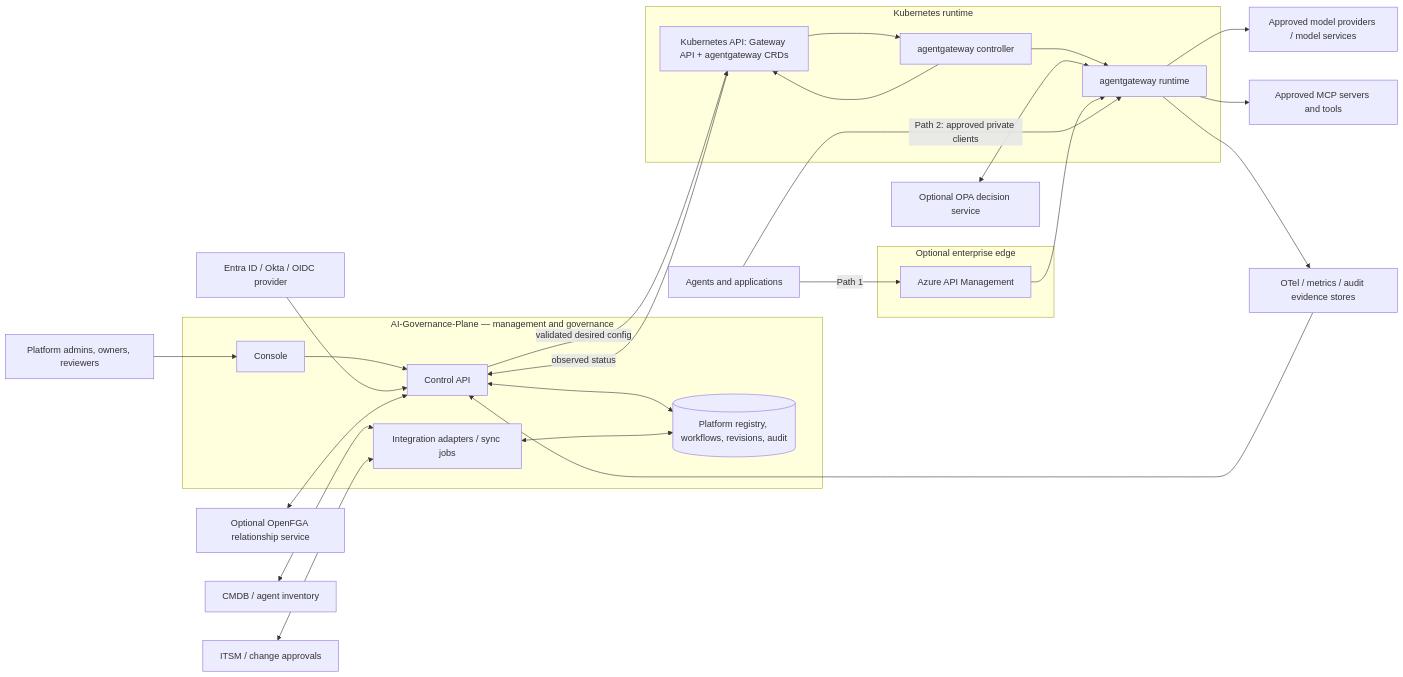
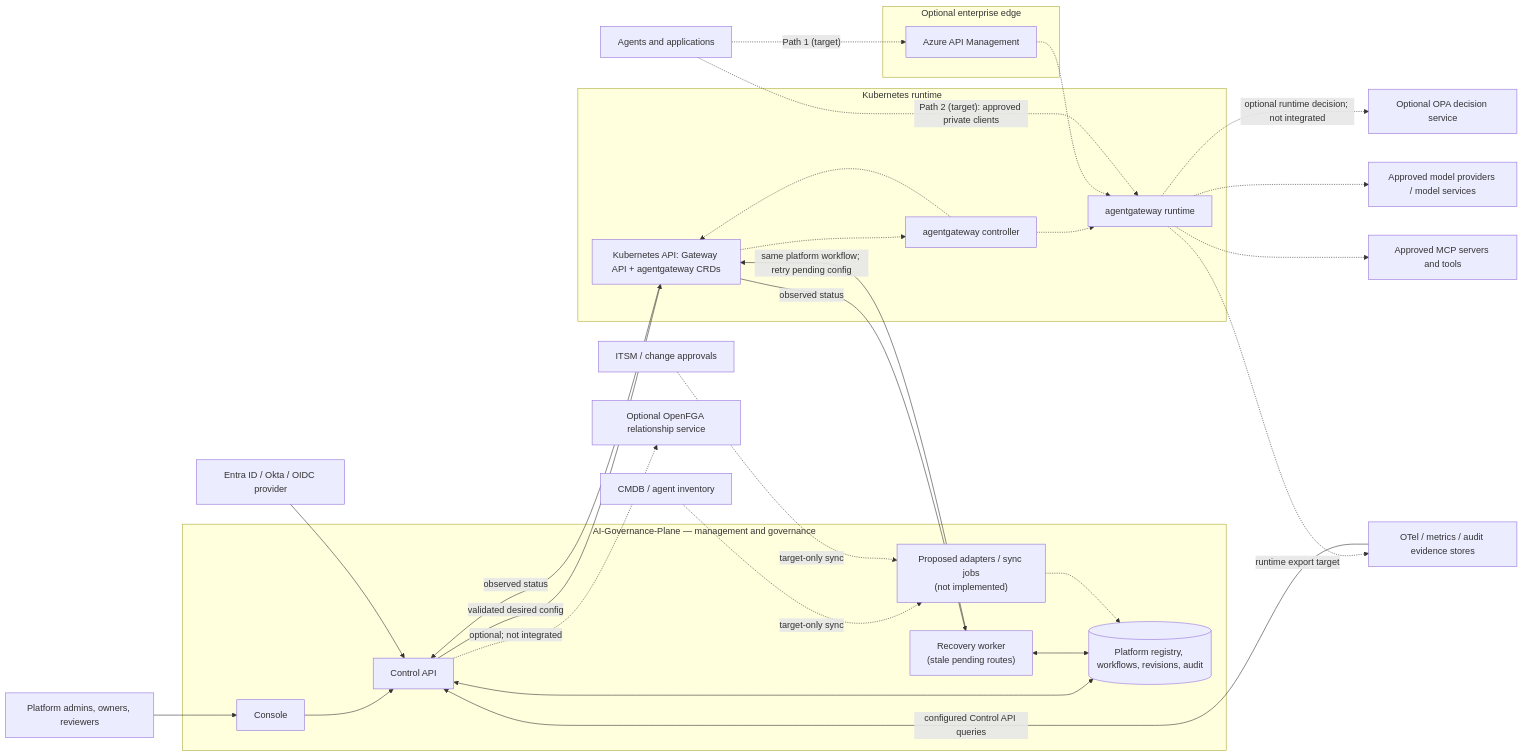
The first of 4 diagrams in docs/architect.md (ramabaswa/AI-Governance-Plane), drawn with Mermaid before and after one commit. The commit also changed other lines of this file and 12 other files, not shown here.

````diff
--- a/docs/architect.md
+++ b/docs/architect.md
@@ -20,51 +20,55 @@
 ```mermaid
 flowchart LR
     People["Platform admins, owners, reviewers"]
     Agents["Agents and applications"]
     IdP["Entra ID / Okta / OIDC provider"]
     CMDB["CMDB / agent inventory"]
     ITSM["ITSM / change approvals"]
     FGA["Optional OpenFGA relationship service"]
     OPA["Optional OPA decision service"]
 
     subgraph Plane["AI-Governance-Plane — management and governance"]
         Console["Console"]
         API["Control API"]
+        Worker["Recovery worker\n(stale pending routes)"]
         DB[("Platform registry, workflows, revisions, audit")]
-        Sync["Integration adapters / sync jobs"]
+        Sync["Proposed adapters / sync jobs\n(not implemented)"]
         Console --> API
         API <--> DB
-        Sync <--> DB
+        Worker <--> DB
+        Sync -.-> DB
     end
 
     subgraph Edge["Optional enterprise edge"]
         APIM["Azure API Management"]
     end
 
     subgraph Runtime["Kubernetes runtime"]
         Kube["Kubernetes API: Gateway API + agentgateway CRDs"]
         Controller["agentgateway controller"]
         Gateway["agentgateway runtime"]
-        Kube --> Controller --> Gateway
-        Controller --> Kube
+        Kube -.-> Controller -.-> Gateway
+        Controller -.-> Kube
     end
 
     Model["Approved model providers / model services"]
     MCP["Approved MCP servers and tools"]
     Telemetry["OTel / metrics / audit evidence stores"]
 
     People --> Console
     IdP --> API
-    CMDB <--> Sync
-    ITSM <--> Sync
-    FGA <--> API
-    OPA <--> Gateway
+    CMDB -. "target-only sync" .-> Sync
+    ITSM -. "target-only sync" .-> Sync
+    API -. "optional; not integrated" .-> FGA
+    Gateway -. "optional runtime decision; not integrated" .-> OPA
     API -->|"validated desired config"| Kube
+    Worker -->|"same platform workflow; retry pending config"| Kube
     Kube -->|"observed status"| API
-    Agents -->|"Path 1"| APIM --> Gateway
-    Agents -->|"Path 2: approved private clients"| Gateway
-    Gateway --> Model
-    Gateway --> MCP
-    Gateway --> Telemetry
-    Telemetry --> API
+    Kube -->|"observed status"| Worker
+    Agents -.->|"Path 1 (target)"| APIM -.-> Gateway
+    Agents -.->|"Path 2 (target): approved private clients"| Gateway
+    Gateway -.-> Model
+    Gateway -.-> MCP
+    Gateway -. "runtime export target" .-> Telemetry
+    Telemetry -->|"configured Control API queries"| API
 ```
````
